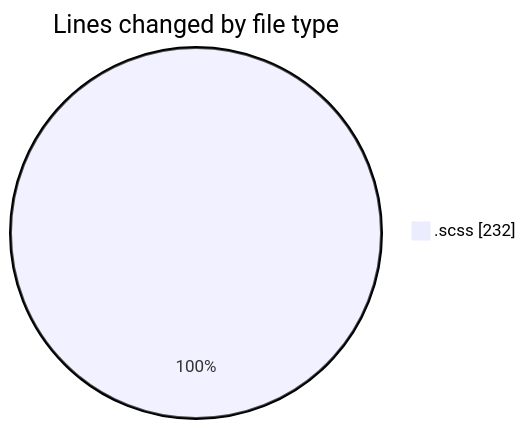
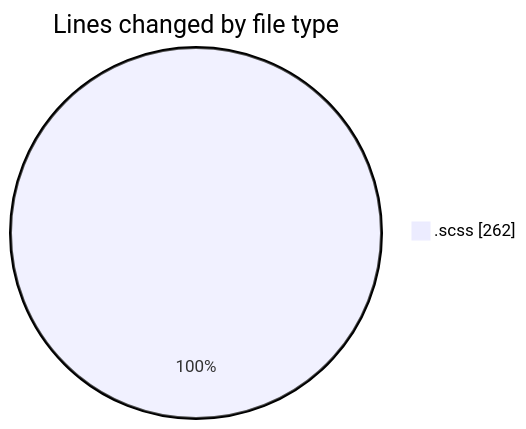
Before and after one commit to momahboobian/code-tracking: the first of 2 diagrams in 2025-03-02/cda/README.md, drawn with Mermaid. The commit also changed other lines of this file and 1 other file, not shown here.

````diff
--- a/2025-03-02/cda/README.md
+++ b/2025-03-02/cda/README.md
@@ -21,5 +21,5 @@
 ```mermaid
 pie showData
 title Lines changed by file type
-".scss" : 232
+".scss" : 262
 ```
````
